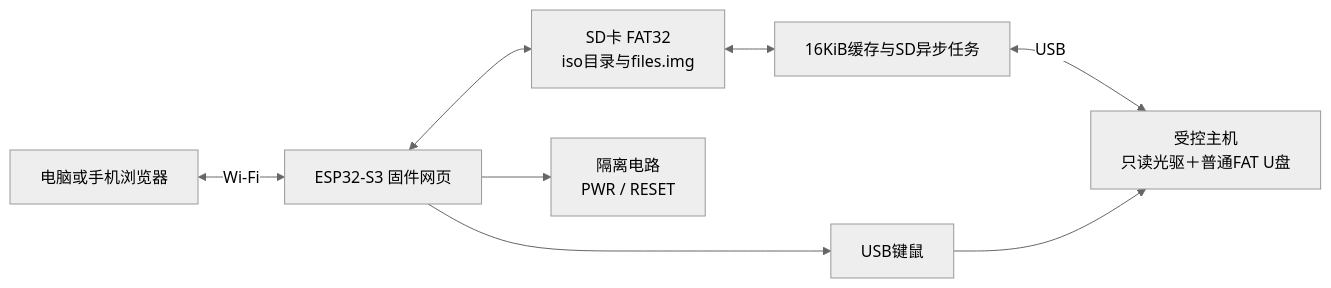
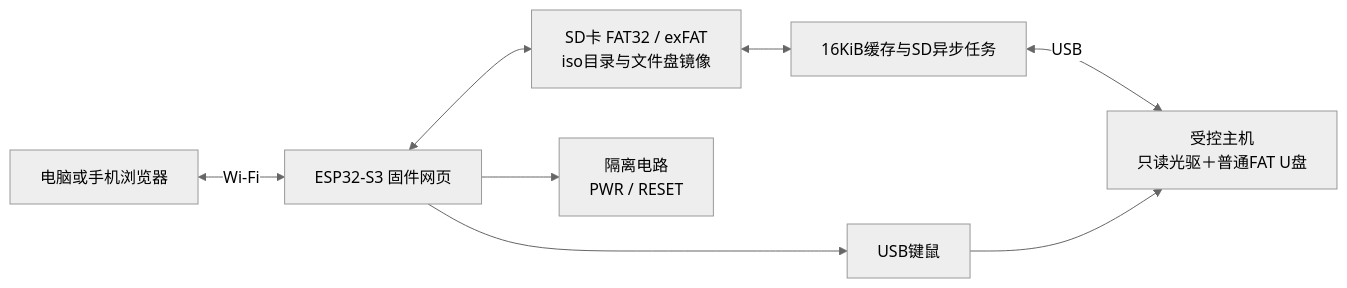
One commit to kevin249/esp32-s3-wifi2kbnboot changed the first of 3 diagrams in README.md. Above: the diagram before and after it, drawn with Mermaid (neutral theme). The commit also changed other lines of this file and 2 other files, not shown here.

Commit message:
改用完整FatFs组件覆盖以启用exFAT，避免影响无关SDK模块

````diff
--- a/README.md
+++ b/README.md
@@ -7,10 +7,10 @@
 ```mermaid
 flowchart LR
     A["电脑或手机浏览器"] <-->|Wi-Fi| B["ESP32-S3 固件网页"]
-    B <--> C["SD卡 FAT32<br/>iso目录与files.img"]
+    B <--> C["SD卡 FAT32 / exFAT<br/>iso目录与文件盘镜像"]
     C <--> D["16KiB缓存与SD异步任务"]
     D <-->|USB| E["受控主机<br/>只读光驱＋普通FAT U盘"]
     B --> F["USB键鼠"]
     F --> E
     B --> G["隔离电路<br/>PWR / RESET"]
 ```
````
